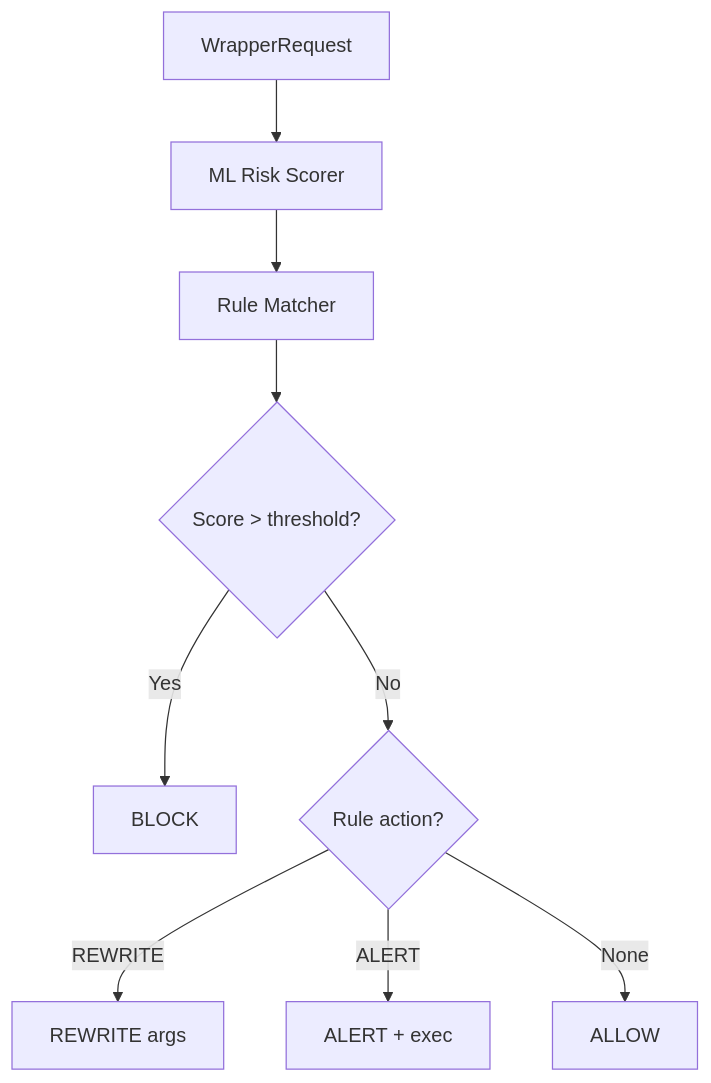
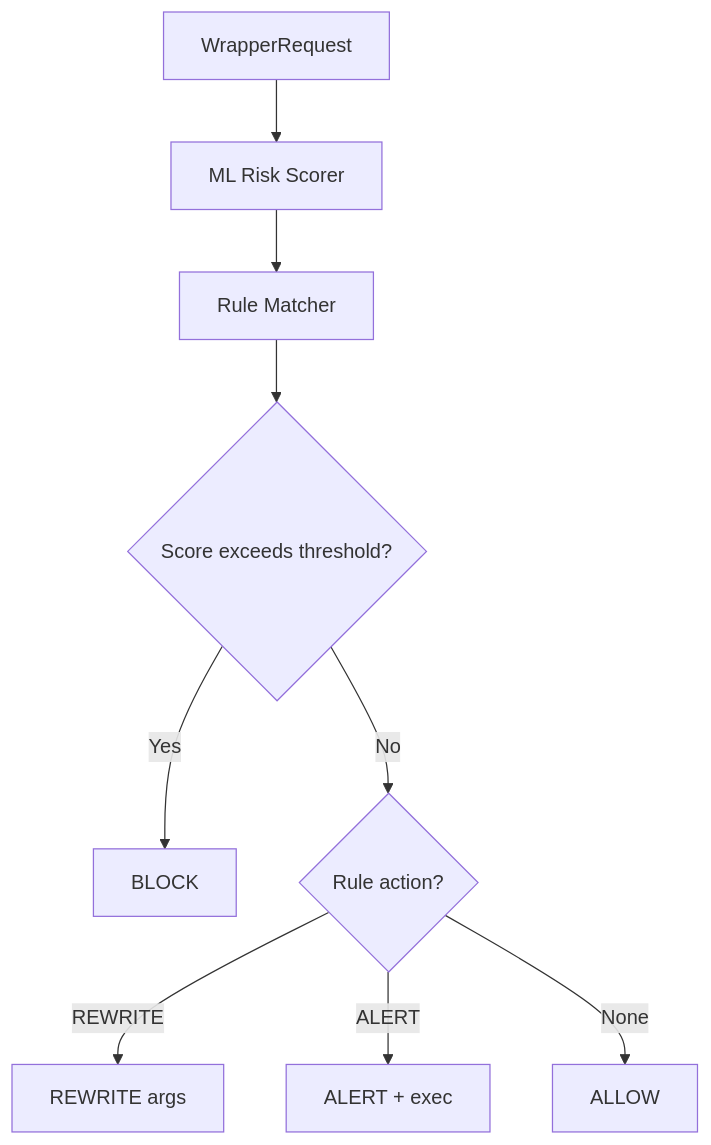
The diagram in docs/reference/technical-depth.md (stevessr/agent-ebpf-filter), drawn with Mermaid before and after one commit. The commit also changed other lines of this file and 5 other files, not shown here.

````diff
--- a/docs/reference/technical-depth.md
+++ b/docs/reference/technical-depth.md
@@ -85,11 +85,11 @@
 ```mermaid
 graph TB
     Request[WrapperRequest] --> Risk[ML Risk Scorer]
     Risk --> Rules[Rule Matcher]
-    Rules --> Decision{Score > threshold?}
-    Decision -->|Yes| Block[BLOCK]
-    Decision -->|No| Action{Rule action?}
-    Action -->|REWRITE| Rewrite[REWRITE args]
-    Action -->|ALERT| Alert[ALERT + exec]
-    Action -->|None| Allow[ALLOW]
+    Rules --> Decision{"Score exceeds threshold?"}
+    Decision -- Yes --> Block[BLOCK]
+    Decision -- No --> Action{"Rule action?"}
+    Action -- REWRITE --> Rewrite[REWRITE args]
+    Action -- ALERT --> Alert[ALERT + exec]
+    Action -- None --> Allow[ALLOW]
 ```
````
